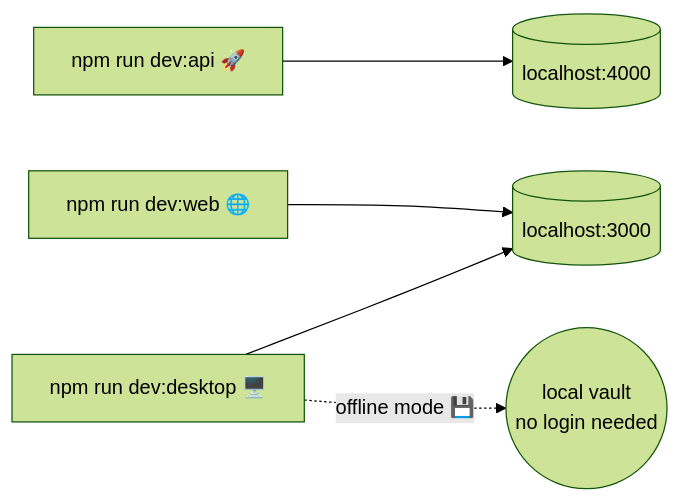
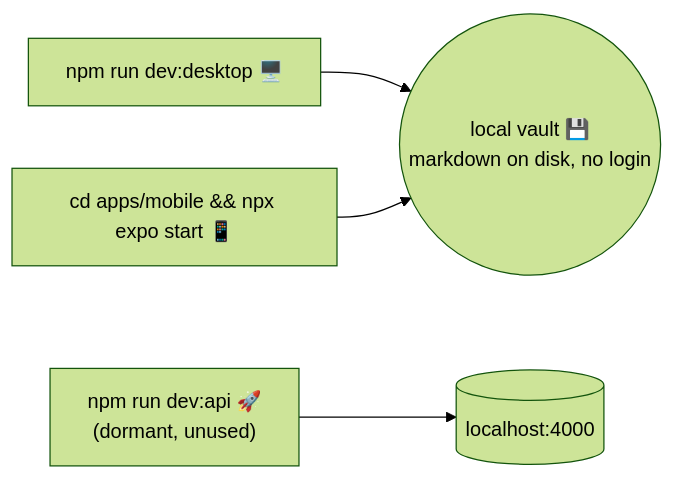
Before and after one commit to sunil3092/Simplekasten: the second of 2 diagrams in README.md, drawn with Mermaid (forest theme). The commit also changed other lines of this file and 3 other files, not shown here.

First line of the commit message:
Update docs for the fully-local desktop/mobile architecture

````diff
--- a/README.md
+++ b/README.md
@@ -85,7 +76,6 @@
 ```mermaid
 flowchart LR
-    A["npm run dev:api 🚀"] --> D[("localhost:4000")]
-    B["npm run dev:web 🌐"] --> E[("localhost:3000")]
-    C["npm run dev:desktop 🖥️"] --> E
-    C -.->|"offline mode 💾"| F(("local vault<br/>no login needed"))
+    C["npm run dev:desktop 🖥️"] --> F(("local vault 💾<br/>markdown on disk, no login"))
+    G["cd apps/mobile && npx expo start 📱"] --> F
+    A["npm run dev:api 🚀<br/>(dormant, unused)"] --> D[("localhost:4000")]
 ```
````
